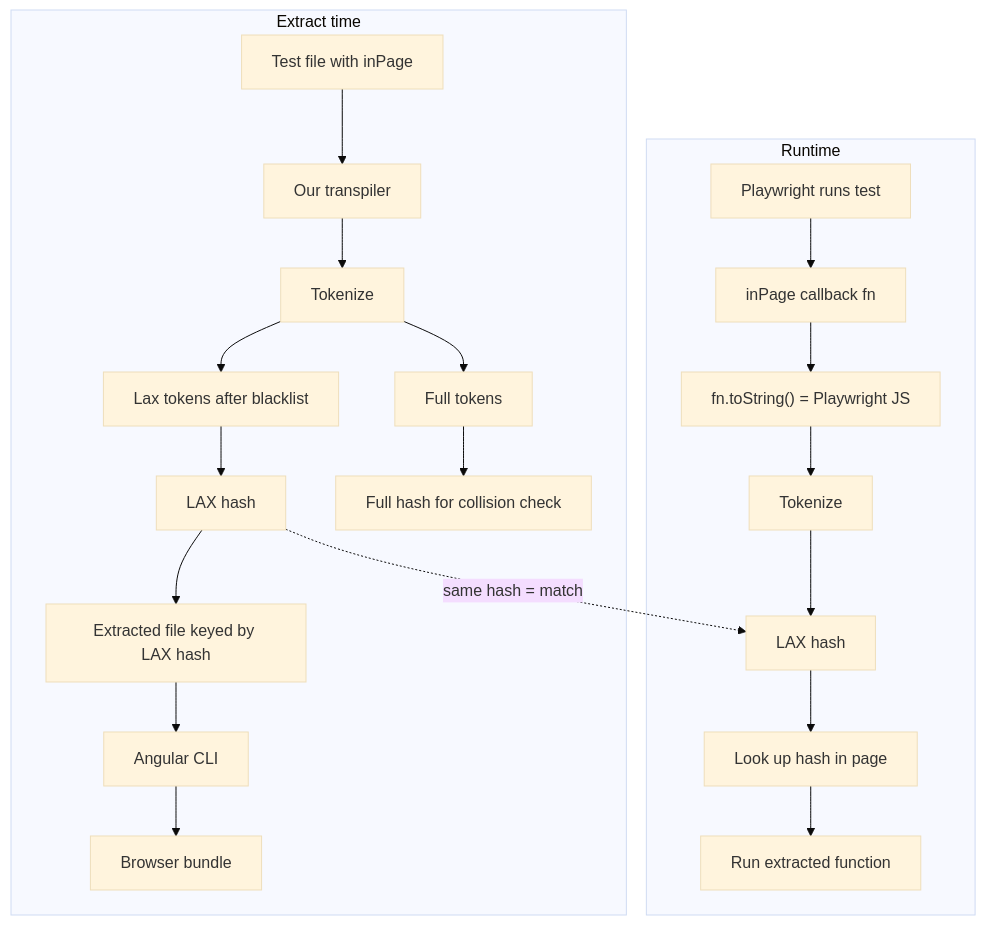
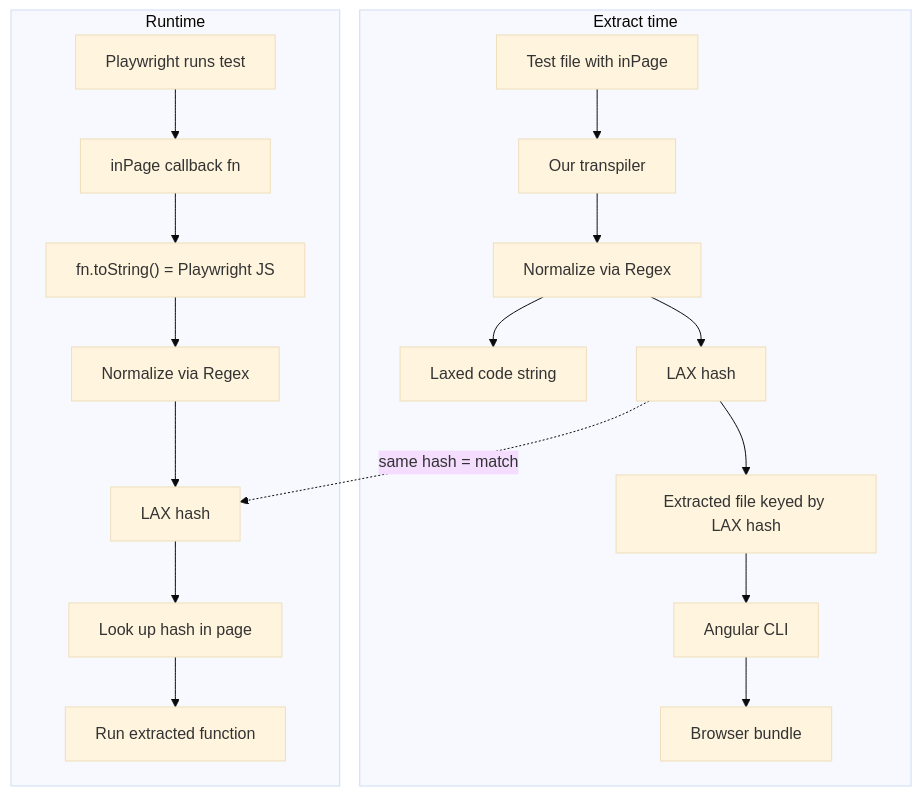
Before and after one commit to testronaut/testronaut: the second of 2 diagrams in specs/lax-approach.md, drawn with Mermaid (base theme). The commit also changed other lines of this file and 8 other files, not shown here.

````diff
--- a/specs/lax-approach.md
+++ b/specs/lax-approach.md
@@ -115,33 +109,29 @@
 ```mermaid
 flowchart TB
   subgraph extract [Extract time]
     A1[Test file with inPage]
     A2[Our transpiler]
-    A3[Tokenize]
-    A4[Full tokens]
-    A5[Lax tokens after blacklist]
+    A3[Normalize via Regex]
+    A4[Laxed code string]
     A6[LAX hash]
-    A7[Full hash for collision check]
     A8[Extracted file keyed by LAX hash]
     A9[Angular CLI]
     A10[Browser bundle]
     A1 --> A2 --> A3 --> A4
-    A3 --> A5
-    A4 --> A7
-    A5 --> A6
+    A3 --> A6
     A6 --> A8 --> A9 --> A10
   end
 
   subgraph runtime [Runtime]
     B1[Playwright runs test]
     B2[inPage callback fn]
     B3["fn.toString() = Playwright JS"]
-    B4[Tokenize]
-    B5[LAX hash]
+    B4[Normalize via Regex]
+  B5[LAX hash]
     B6[Look up hash in page]
     B7[Run extracted function]
     B1 --> B2 --> B3 --> B4 --> B5 --> B6 --> B7
   end
 
   A6 -.->|"same hash = match"| B5
 ```
````
